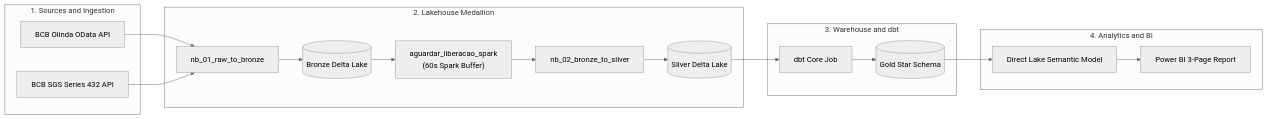
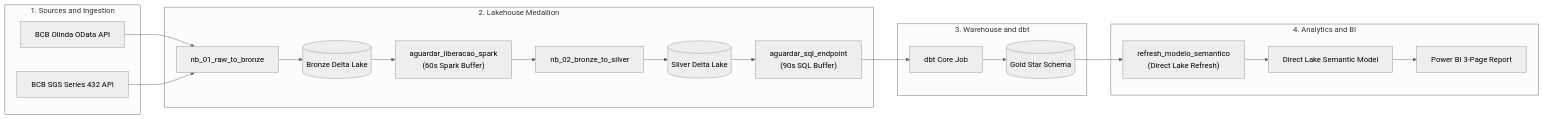
Before and after one commit to leoserpa/fabric-focus-market-intelligence: the diagram in README.en.md, drawn with Mermaid (neutral theme). The commit also changed other lines of this file and 9 other files, not shown here.

First line of the commit message:
docs: update architecture diagrams and pipeline execution evidence for 6-stage fabric workflow

````diff
--- a/README.en.md
+++ b/README.en.md
@@ -45,36 +31,40 @@
 ```mermaid
 flowchart LR
     subgraph Ingestion ["1. Sources and Ingestion"]
         A[BCB Olinda OData API]
         B[BCB SGS Series 432 API]
     end
 
     subgraph FabricLakehouse ["2. Lakehouse Medallion"]
         C[nb_01_raw_to_bronze]
         D[(Bronze Delta Lake)]
-        W["aguardar_liberacao_spark<br/>(60s Spark Buffer)"]
+        W1["aguardar_liberacao_spark<br/>(60s Spark Buffer)"]
         E[nb_02_bronze_to_silver]
         F[(Silver Delta Lake)]
+        W2["aguardar_sql_endpoint<br/>(90s SQL Buffer)"]
     end
 
     subgraph FabricWarehouse ["3. Warehouse and dbt"]
         G[dbt Core Job]
         H[(Gold Star Schema)]
     end
 
     subgraph Consumption ["4. Analytics and BI"]
+        R["refresh_modelo_semantico<br/>(Direct Lake Refresh)"]
         I[Direct Lake Semantic Model]
         J[Power BI 3-Page Report]
     end
 
     A --> C
     B --> C
     C --> D
-    D --> W
-    W --> E
+    D --> W1
+    W1 --> E
     E --> F
-    F --> G
+    F --> W2
+    W2 --> G
     G --> H
-    H --> I
+    H --> R
+    R --> I
     I --> J
 ```
````
